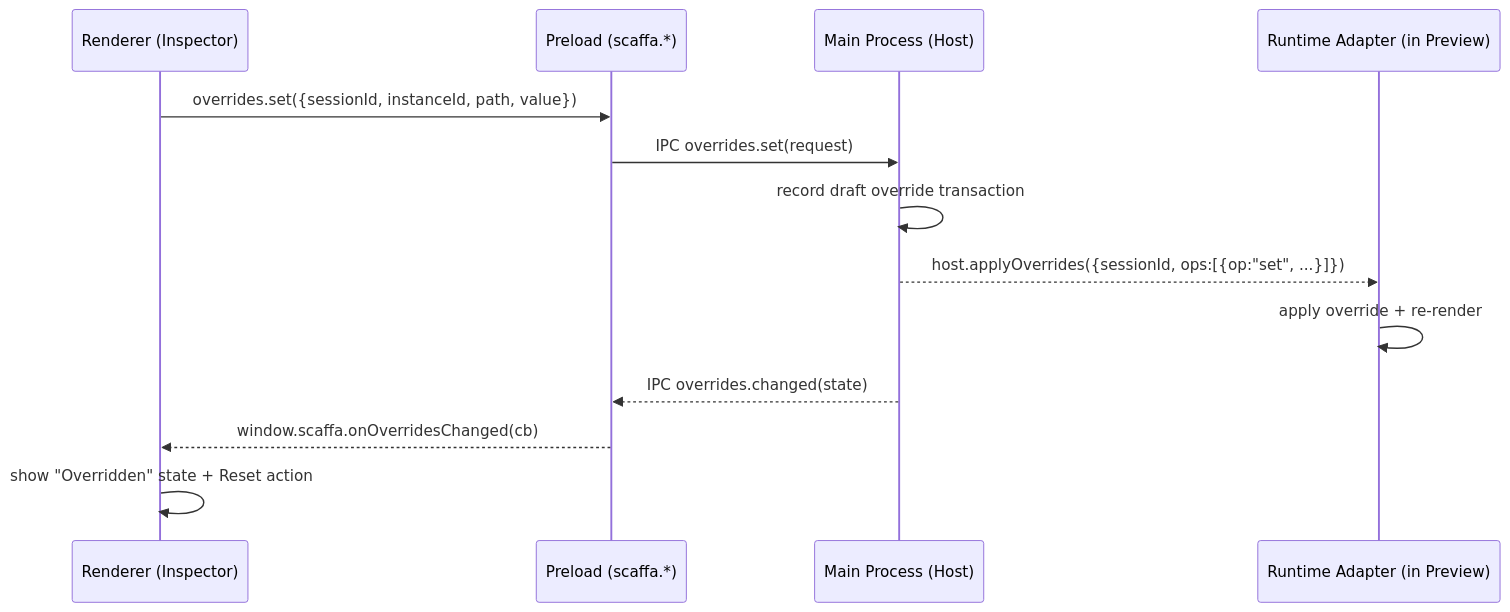
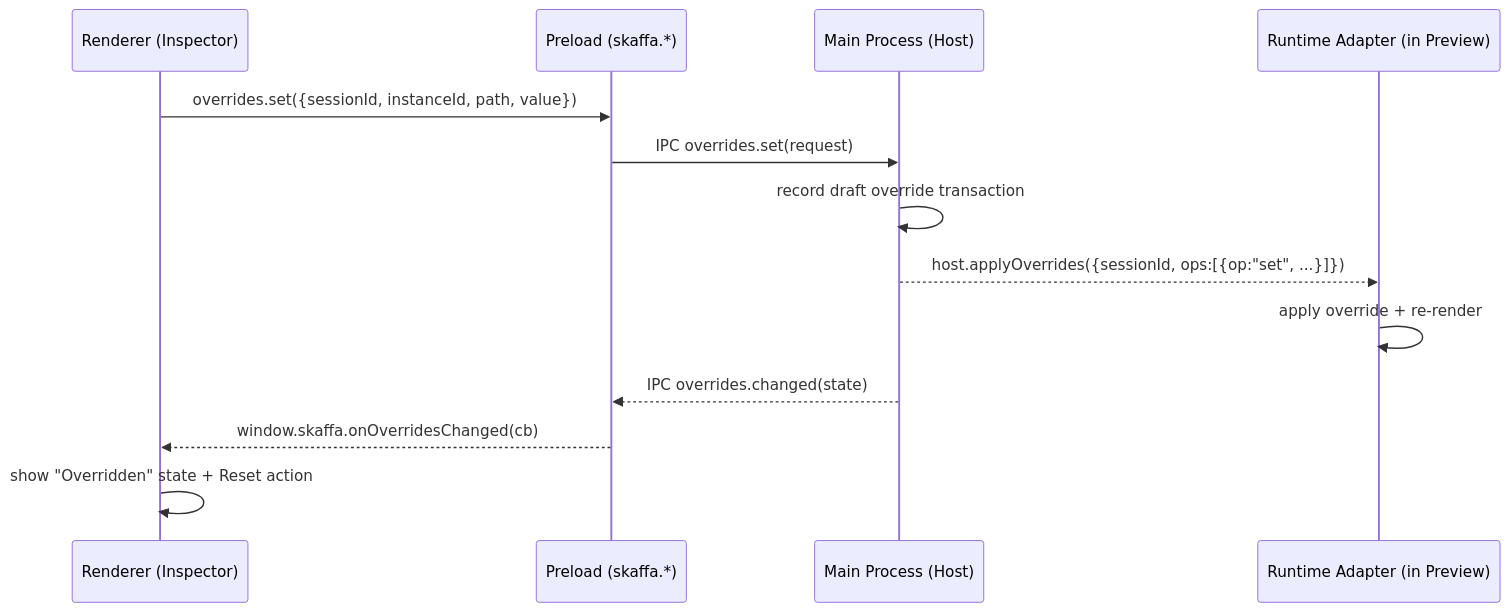
The fourth of 7 diagrams in docs/skaffa_ipc_boundaries_and_sequences.md (majtom2grndctrl/scaffa), drawn with Mermaid before and after one commit. The commit also changed other lines of this file and 171 other files, not shown here.

Commit message:
Scaffa -> Skaffa

````diff
--- a/docs/skaffa_ipc_boundaries_and_sequences.md
+++ b/docs/skaffa_ipc_boundaries_and_sequences.md
@@ -100,16 +100,16 @@
 ```mermaid
 sequenceDiagram
   participant UI as Renderer (Inspector)
-  participant PL as Preload (scaffa.*)
+  participant PL as Preload (skaffa.*)
   participant Main as Main Process (Host)
   participant RT as Runtime Adapter (in Preview)
 
   UI->>PL: overrides.set({sessionId, instanceId, path, value})
   PL->>Main: IPC overrides.set(request)
   Main->>Main: record draft override transaction
   Main-->>RT: host.applyOverrides({sessionId, ops:[{op:"set", ...}]})
   RT->>RT: apply override + re-render
   Main-->>PL: IPC overrides.changed(state)
-  PL-->>UI: window.scaffa.onOverridesChanged(cb)
+  PL-->>UI: window.skaffa.onOverridesChanged(cb)
   UI->>UI: show "Overridden" state + Reset action
 ```
````
